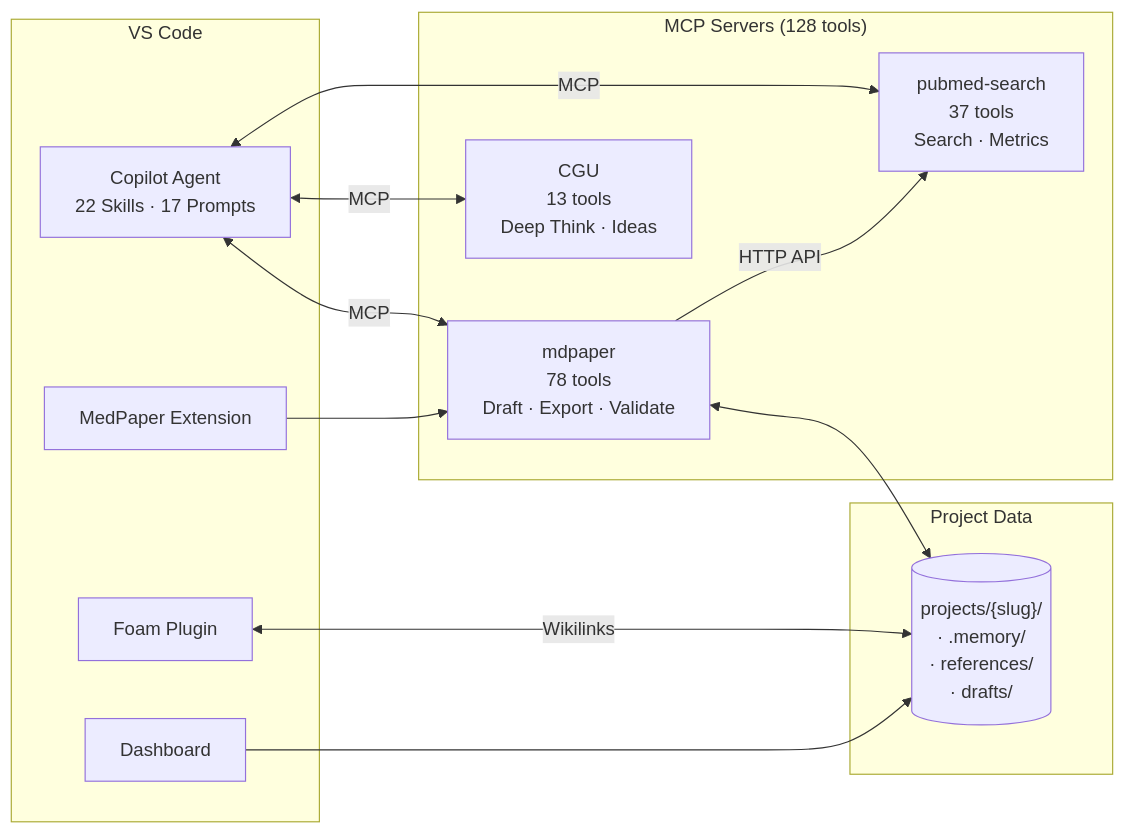
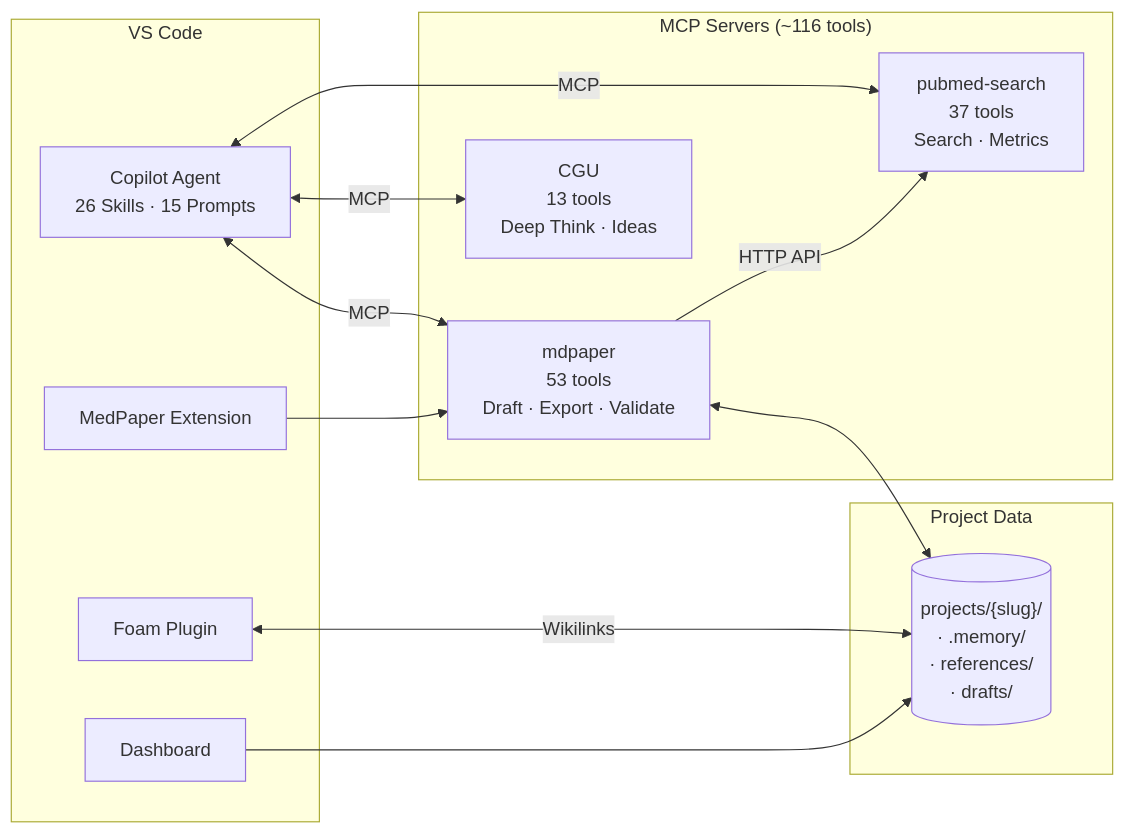
One commit to u9401066/med-paper-assistant changed the diagram in README.md. Above: the diagram before and after it, drawn with Mermaid. The commit also changed other lines of this file and 8 other files, not shown here.

````diff
--- a/README.md
+++ b/README.md
@@ -46,28 +46,28 @@
 ```mermaid
 flowchart LR
     subgraph IDE["VS Code"]
-        Agent["Copilot Agent<br/>22 Skills · 17 Prompts"]
+        Agent["Copilot Agent<br/>26 Skills · 15 Prompts"]
         Foam[Foam Plugin]
         Ext[MedPaper Extension]
         Dash[Dashboard]
     end
 
-    subgraph MCP["MCP Servers (128 tools)"]
-        mdpaper["mdpaper<br/>78 tools<br/>Draft · Export · Validate"]
+    subgraph MCP["MCP Servers (~116 tools)"]
+        mdpaper["mdpaper<br/>53 tools<br/>Draft · Export · Validate"]
         pubmed["pubmed-search<br/>37 tools<br/>Search · Metrics"]
         cgu["CGU<br/>13 tools<br/>Deep Think · Ideas"]
     end
 
     subgraph Data["Project Data"]
         proj[("projects/{slug}/<br/>· .memory/<br/>· references/<br/>· drafts/")]
     end
 
     Agent <-->|MCP| mdpaper
     Agent <-->|MCP| pubmed
     Agent <-->|MCP| cgu
     mdpaper -->|HTTP API| pubmed
     Foam <-->|Wikilinks| proj
     mdpaper <--> proj
     Ext --> mdpaper
     Dash --> proj
 ```
````
